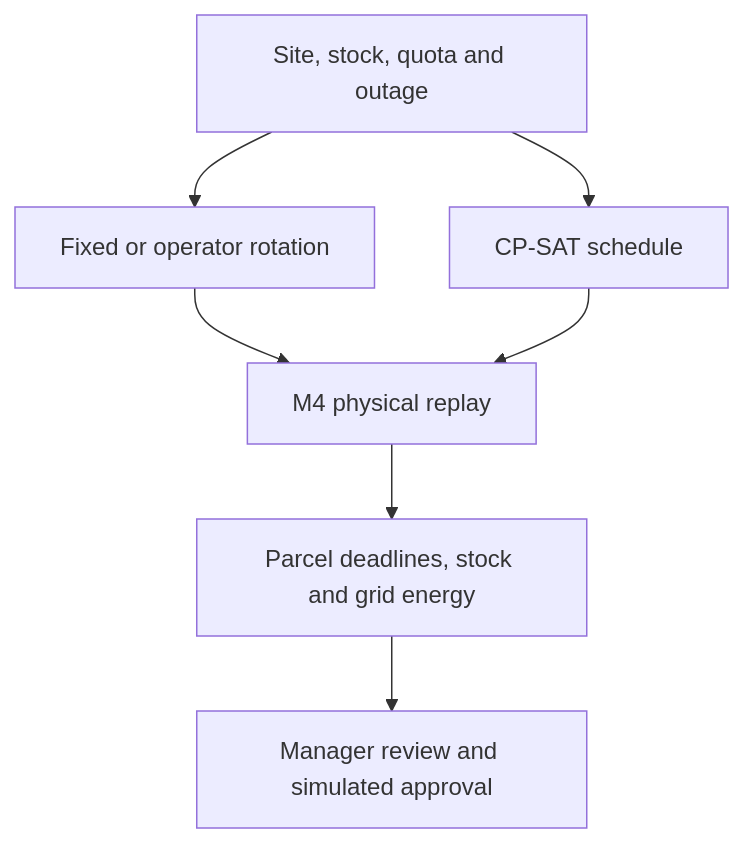
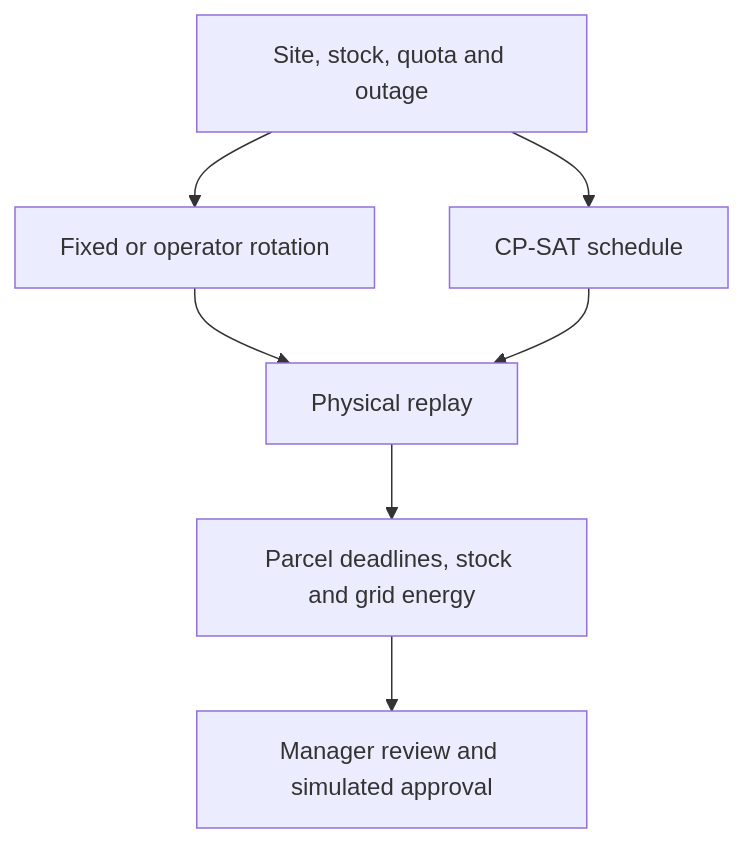
One commit to omarfh111/MIZUHO changed the second of 4 diagrams in README.md. Above: the diagram before and after it, drawn with Mermaid. The commit also changed other lines of this file, not shown here.

Commit message:
Use feature names in README prose and diagrams

````diff
--- a/README.md
+++ b/README.md
@@ -184,11 +184,11 @@
 ```mermaid
 flowchart TD
     accTitle: Compare schedules under the same constraints
     accDescr: The fixed rotation and proposed schedule share inputs and undergo physical replay before the manager reviews the comparison.
     Inputs["Site, stock, quota and outage"] --> Fixed["Fixed or operator rotation"]
     Inputs --> Fair["CP-SAT schedule"]
-    Fixed --> Replay["M4 physical replay"]
+    Fixed --> Replay["Physical replay"]
     Fair --> Replay
     Replay --> Compare["Parcel deadlines, stock and grid energy"]
     Compare --> Review["Manager review and simulated approval"]
 ```
````
